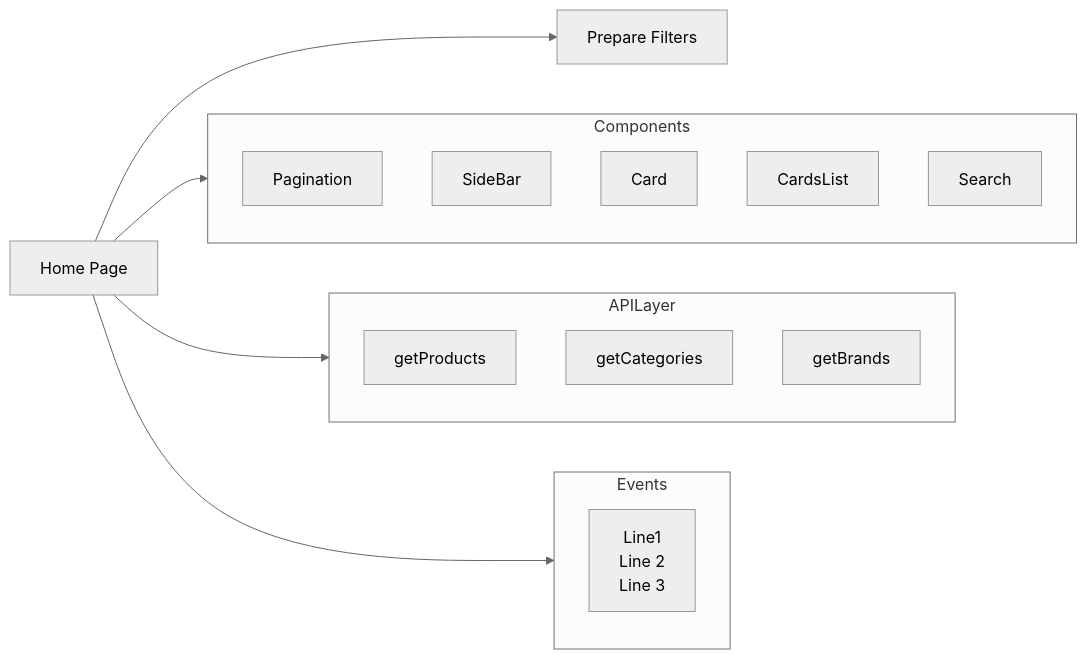
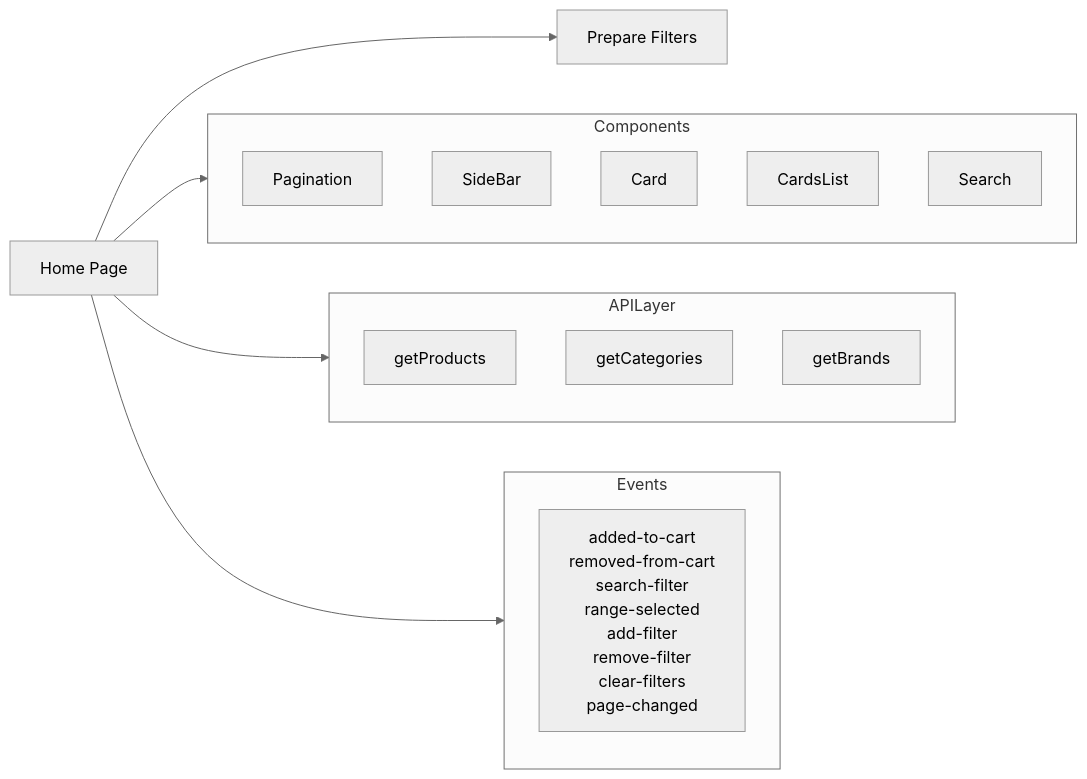
Before and after one commit to phantom603/online-store-finished: the diagram in src/pages/home/home-page.md, drawn with Mermaid (neutral theme). The commit also changed 2 other files, not shown here.

Commit message:
update readme.md and mermaid diagram examples

````diff
--- a/src/pages/home/home-page.md
+++ b/src/pages/home/home-page.md
@@ -3,33 +3,38 @@
 ```mermaid
 flowchart LR
 
   homePage[Home Page] --> Components
   homePage --> APILayer
   homePage --> prepareFilters
   homePage --> Events
 
   subgraph Components
       direction TB
       pagination[Pagination]
       sideBar[SideBar]
       card[Card]
       cardsList[CardsList]
       search[Search]
   end
 
   subgraph APILayer
       direction TB
       getProducts
       getCategories
       getBrands
   end
 
   prepareFilters[Prepare Filters]
 
   subgraph Events
     newLines["`
-    Line1
-    Line 2
-    Line 3`"]
+      added-to-cart
+      removed-from-cart
+      search-filter
+      range-selected
+      add-filter
+      remove-filter
+      clear-filters
+      page-changed`"]
   end
 ```
````
